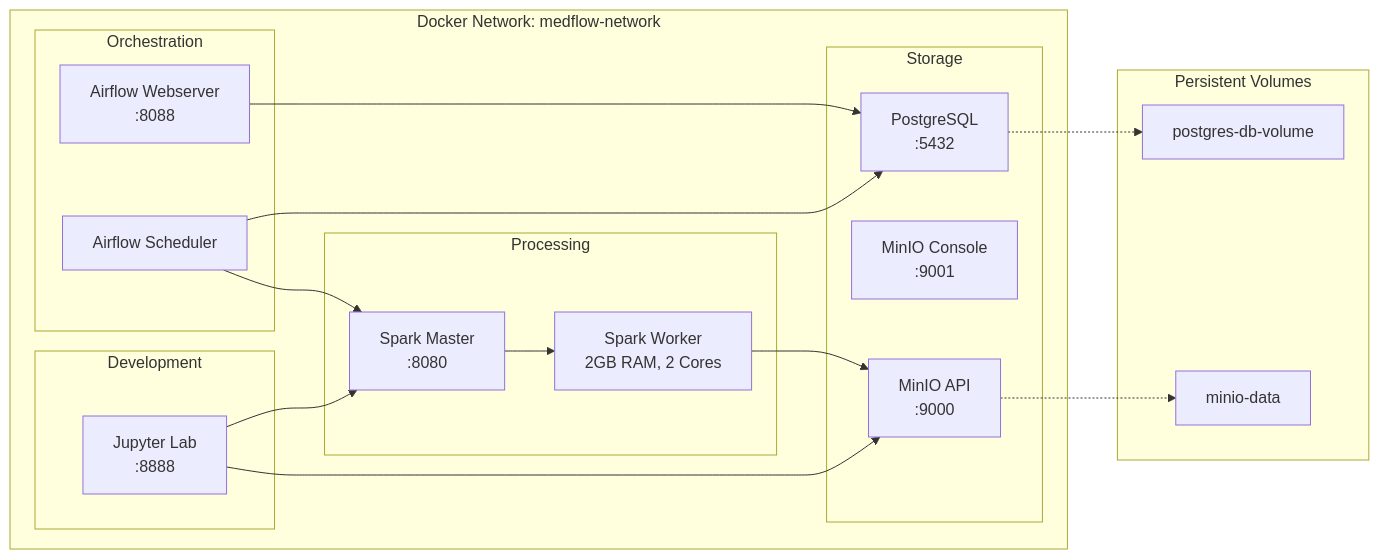
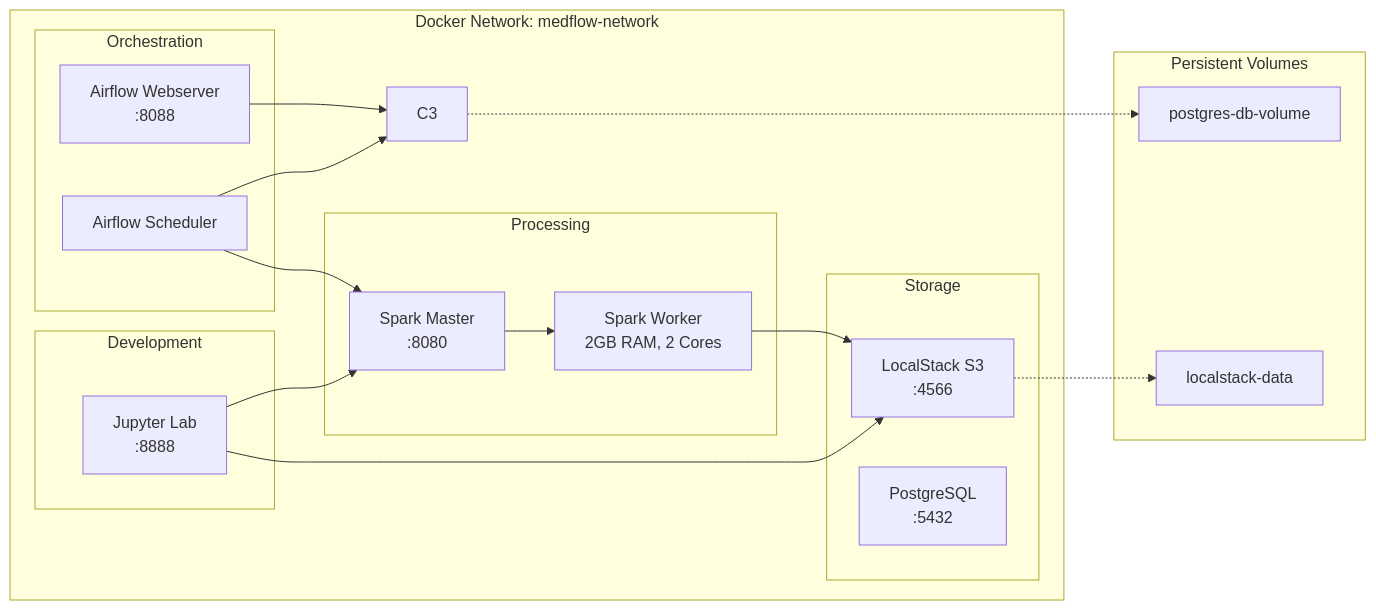
Before and after one commit to zmadni/medflow-analytics: the second of 12 diagrams in ARCHITECTURE.md, drawn with Mermaid. The commit also changed other lines of this file and 1 other file, not shown here.

Commit message:
Migrate from MinIO to LocalStack for S3 storage

````diff
--- a/ARCHITECTURE.md
+++ b/ARCHITECTURE.md
@@ -80,40 +80,39 @@
 ```mermaid
 graph LR
     subgraph "Docker Network: medflow-network"
         subgraph "Orchestration"
             A1[Airflow Webserver<br/>:8088]
             A2[Airflow Scheduler]
         end
 
         subgraph "Processing"
             B1[Spark Master<br/>:8080]
             B2[Spark Worker<br/>2GB RAM, 2 Cores]
         end
 
         subgraph "Storage"
-            C1[MinIO API<br/>:9000]
-            C2[MinIO Console<br/>:9001]
-            C3[PostgreSQL<br/>:5432]
+            C1[LocalStack S3<br/>:4566]
+            C2[PostgreSQL<br/>:5432]
         end
 
         subgraph "Development"
             D1[Jupyter Lab<br/>:8888]
         end
 
         A1 --> C3
         A2 --> C3
         A2 --> B1
         B1 --> B2
         B2 --> C1
         D1 --> C1
         D1 --> B1
     end
 
     subgraph "Persistent Volumes"
         V1[postgres-db-volume]
-        V2[minio-data]
+        V2[localstack-data]
     end
 
     C3 -.-> V1
     C1 -.-> V2
 ```
````
